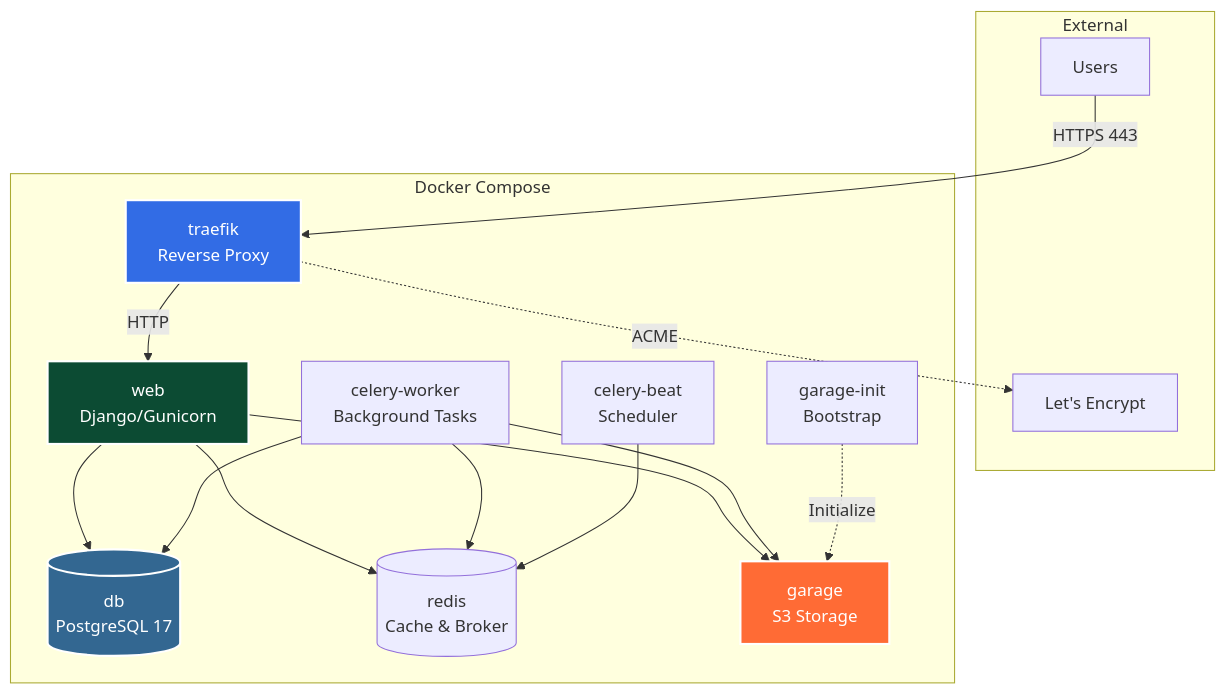
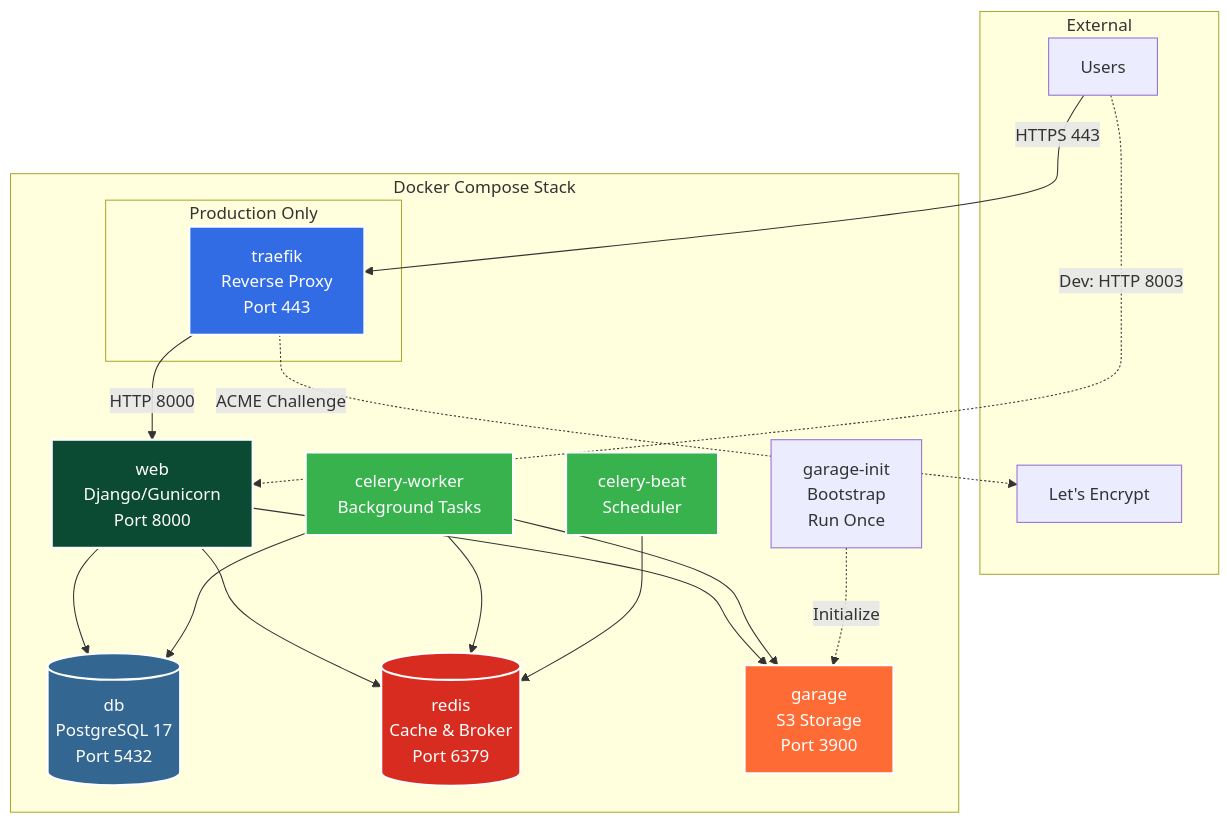
Before and after one commit to realworldtech/props: the seventh of 7 diagrams in docs/summary.md, drawn with Mermaid. The commit also changed other lines of this file and 1 other file, not shown here.

````diff
--- a/docs/summary.md
+++ b/docs/summary.md
@@ -138,35 +1623,46 @@
 ```mermaid
 graph TB
     subgraph "External"
         USER[Users]
         LE[Let's Encrypt]
     end
 
-    subgraph "Docker Compose"
-        TRAEFIK[traefik<br/>Reverse Proxy]
-        WEB[web<br/>Django/Gunicorn]
-        DB[(db<br/>PostgreSQL 17)]
-        REDIS[(redis<br/>Cache & Broker)]
-        GARAGE[garage<br/>S3 Storage]
-        GINIT[garage-init<br/>Bootstrap]
+    subgraph "Docker Compose Stack"
+        subgraph "Production Only"
+            TRAEFIK[traefik<br/>Reverse Proxy<br/>Port 443]
+        end
+
+        WEB[web<br/>Django/Gunicorn<br/>Port 8000]
+        DB[(db<br/>PostgreSQL 17<br/>Port 5432)]
+        REDIS[(redis<br/>Cache & Broker<br/>Port 6379)]
+        GARAGE[garage<br/>S3 Storage<br/>Port 3900]
+        GINIT[garage-init<br/>Bootstrap<br/>Run Once]
         WORKER[celery-worker<br/>Background Tasks]
         BEAT[celery-beat<br/>Scheduler]
     end
 
     USER -->|HTTPS 443| TRAEFIK
-    TRAEFIK -->|HTTP| WEB
-    TRAEFIK -.->|ACME| LE
+    USER -.->|Dev: HTTP 8003| WEB
+    TRAEFIK -->|HTTP 8000| WEB
+    TRAEFIK -.->|ACME Challenge| LE
+
     WEB --> DB
     WEB --> REDIS
     WEB --> GARAGE
+
     WORKER --> DB
     WORKER --> REDIS
     WORKER --> GARAGE
+
     BEAT --> REDIS
+
     GINIT -.->|Initialize| GARAGE
 
     style TRAEFIK fill:#326ce5,stroke:#fff,stroke-width:2px,color:#fff
     style WEB fill:#0c4b33,stroke:#fff,stroke-width:2px,color:#fff
     style DB fill:#336791,stroke:#fff,stroke-width:2px,color:#fff
+    style REDIS fill:#d82c20,stroke:#fff,stroke-width:2px,color:#fff
     style GARAGE fill:#ff6b35,stroke:#fff,stroke-width:2px,color:#fff
+    style WORKER fill:#37b24d,stroke:#fff,stroke-width:2px,color:#fff
+    style BEAT fill:#37b24d,stroke:#fff,stroke-width:2px,color:#fff
 ```
````
